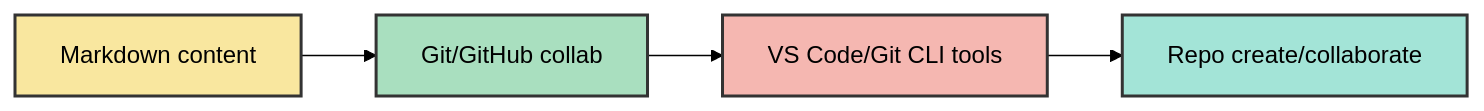
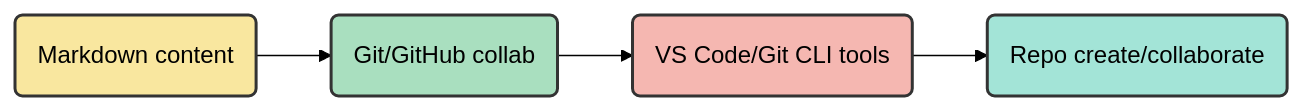
The third of 11 diagrams in README.md (buckeye43210/markdown-to-snowkb), drawn with Mermaid (forest theme) before and after one commit. The commit also changed other lines of this file and 1 other file, not shown here.

````diff
--- a/README.md
+++ b/README.md
@@ -182,16 +188,16 @@
 ```mermaid
 graph LR
-    A[Markdown content] --> B[Git/GitHub collab]
-    B --> C[VS Code/Git CLI tools]
-    C --> D[Repo create/collaborate]
+    A(Markdown content) --> B(Git/GitHub collab)
+    B --> C(VS Code/Git CLI tools)
+    C --> D(Repo create/collaborate)
 
     classDef markdown fill:#f9e79f,stroke:#333,stroke-width:2px;
     classDef git fill:#a9dfbf,stroke:#333,stroke-width:2px;
     classDef tools fill:#f5b7b1,stroke:#333,stroke-width:2px;
     classDef repo fill:#a3e4d7,stroke:#333,stroke-width:2px;
 
     class A markdown;
     class B git;
     class C tools;
     class D repo;
 ```
````
